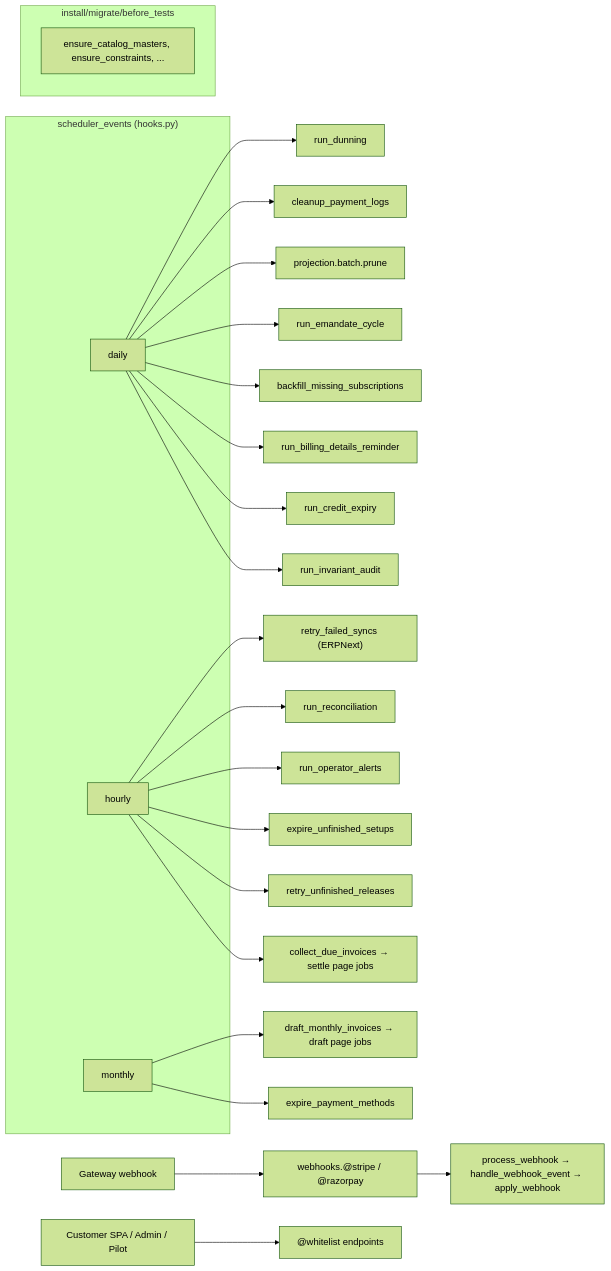
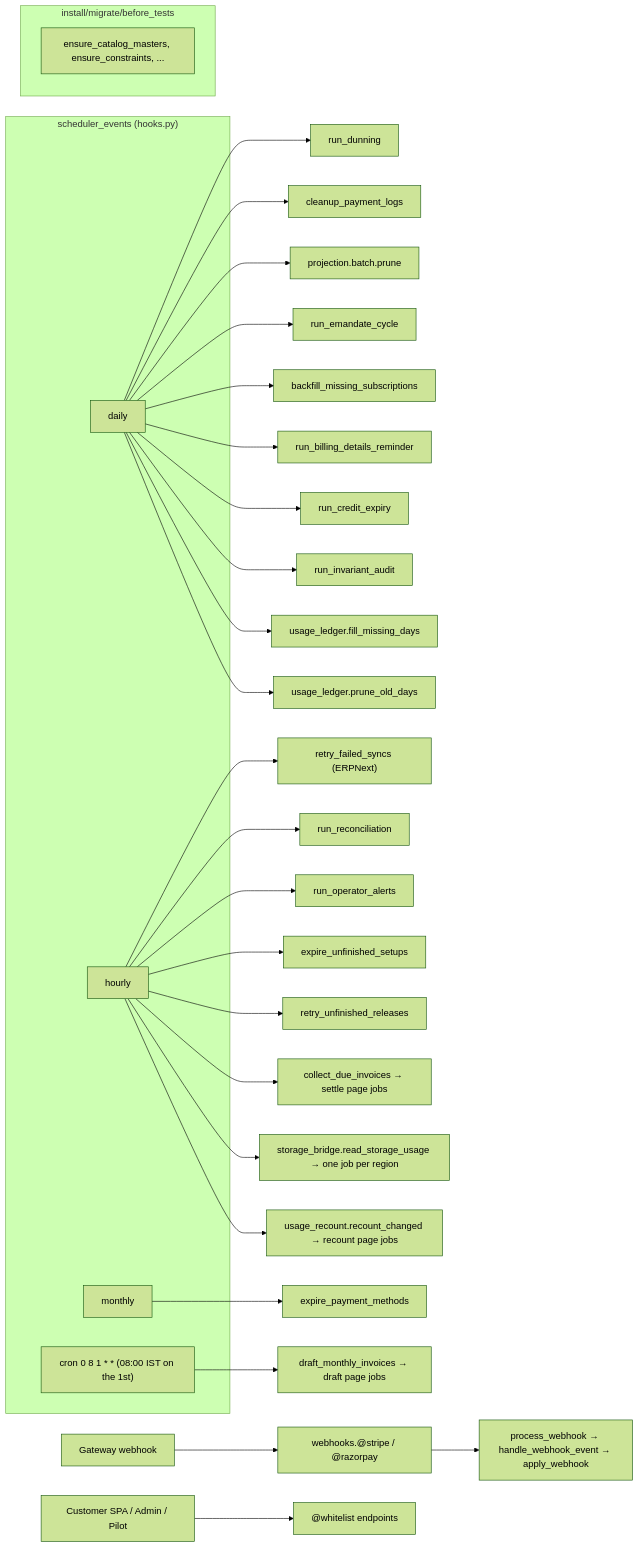
The third of 8 diagrams in central/billing/ARCHITECTURE.md (frappe/central), drawn with Mermaid (forest theme) before and after one commit. The commit also changed other lines of this file, not shown here.

Commit message:
docs(billing): list the usage ledger jobs and the 08:00 ist draft tick

````diff
--- a/central/billing/ARCHITECTURE.md
+++ b/central/billing/ARCHITECTURE.md
@@ -216,32 +216,37 @@
 ```mermaid
 flowchart LR
     subgraph SCHED["scheduler_events (hooks.py)"]
         D1["daily"]
         H1["hourly"]
         M1["monthly"]
+        C1["cron 0 8 1 * * (08:00 IST on the 1st)"]
     end
     D1 --> RD["run_dunning"]
     D1 --> CP["cleanup_payment_logs"]
     D1 --> PR["projection.batch.prune"]
     D1 --> EM["run_emandate_cycle"]
     D1 --> BF["backfill_missing_subscriptions"]
     D1 --> BR["run_billing_details_reminder"]
     D1 --> CE["run_credit_expiry"]
     D1 --> IA["run_invariant_audit"]
+    D1 --> FMD["usage_ledger.fill_missing_days"]
+    D1 --> POD["usage_ledger.prune_old_days"]
     H1 --> RF["retry_failed_syncs (ERPNext)"]
     H1 --> RR["run_reconciliation"]
     H1 --> OA["run_operator_alerts"]
     H1 --> SE["expire_unfinished_setups"]
     H1 --> SR["retry_unfinished_releases"]
-    M1 --> DMI["draft_monthly_invoices → draft page jobs"]
+    C1 --> DMI["draft_monthly_invoices → draft page jobs"]
     M1 --> EX["expire_payment_methods"]
     H1 --> CDI["collect_due_invoices → settle page jobs"]
+    H1 --> RSU["storage_bridge.read_storage_usage → one job per region"]
+    H1 --> RCC["usage_recount.recount_changed → recount page jobs"]
 
     subgraph INSTALL["install/migrate/before_tests"]
         ECM["ensure_catalog_masters, ensure_constraints, ..."]
     end
 
     EXT["Gateway webhook"] --> WH["webhooks.@stripe / @razorpay"]
     WH --> PW["process_webhook → handle_webhook_event → apply_webhook"]
     UI["Customer SPA / Admin / Pilot"] --> API["@whitelist endpoints"]
 ```
````
